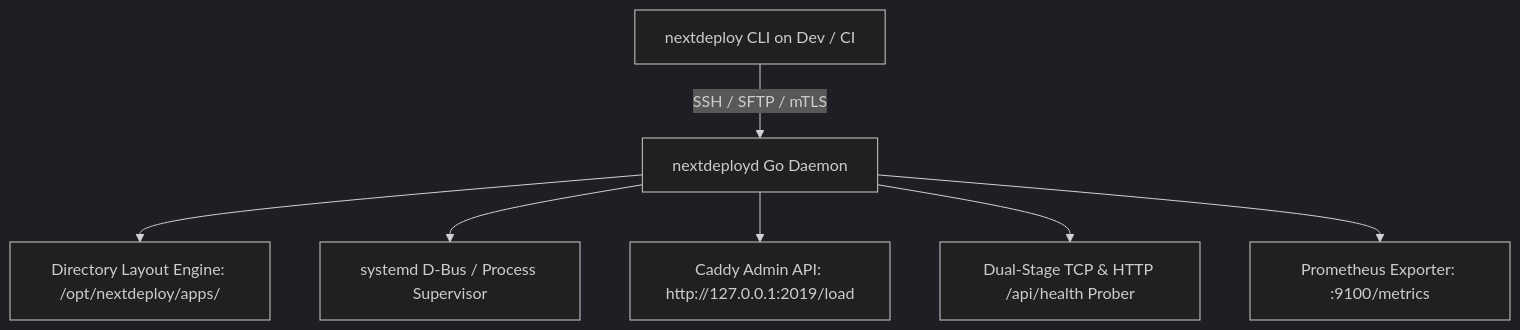
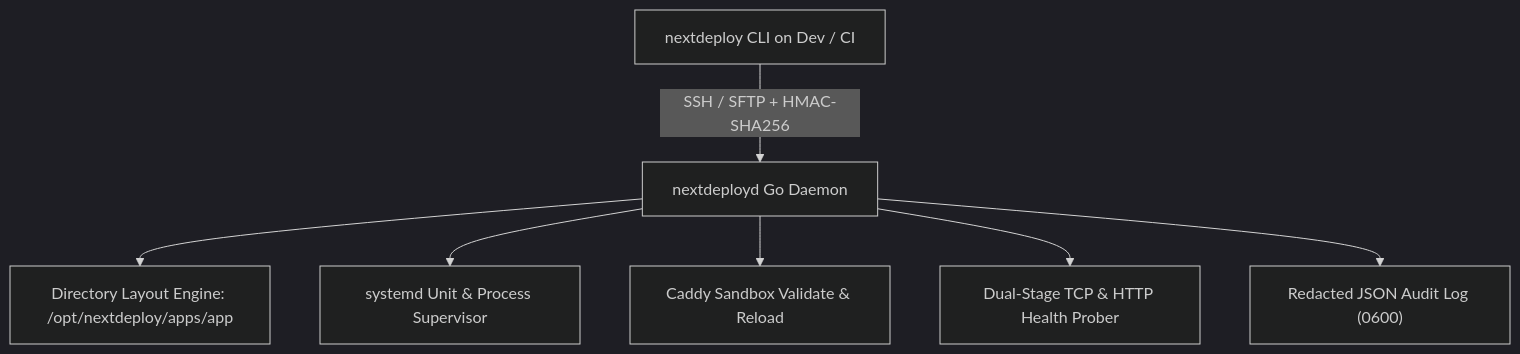
The diagram in frontend/content/docs/vps/daemon.md (aynaash/NextDeploy), drawn with Mermaid (dark theme) before and after one commit. The commit also changed 53 other files, not shown here.

First line of the commit message:
feat(frontend): redesign responsive landing page, fix docs diagrams and KV guard config

````diff
--- a/frontend/content/docs/vps/daemon.md
+++ b/frontend/content/docs/vps/daemon.md
@@ -21,9 +21,9 @@
 ```mermaid
 flowchart TD
-    CLI[nextdeploy CLI on Dev / CI] -->|SSH / SFTP / mTLS| Daemon[nextdeployd Go Daemon]
-    Daemon --> FS[Directory Layout Engine: /opt/nextdeploy/apps/<app>]
-    Daemon --> DBus[systemd D-Bus / Process Supervisor]
-    Daemon --> CaddyCtl[Caddy Admin API: http://127.0.0.1:2019/load]
-    Daemon --> Prober[Dual-Stage TCP & HTTP /api/health Prober]
-    Daemon --> Metrics[Prometheus Exporter: :9100/metrics]
+    CLI["nextdeploy CLI on Dev / CI"] -->|"SSH / SFTP + HMAC-SHA256"| Daemon["nextdeployd Go Daemon"]
+    Daemon --> FS["Directory Layout Engine: /opt/nextdeploy/apps/app"]
+    Daemon --> DBus["systemd Unit & Process Supervisor"]
+    Daemon --> CaddyCtl["Caddy Sandbox Validate & Reload"]
+    Daemon --> Prober["Dual-Stage TCP & HTTP Health Prober"]
+    Daemon --> Audit["Redacted JSON Audit Log (0600)"]
 ```
````
